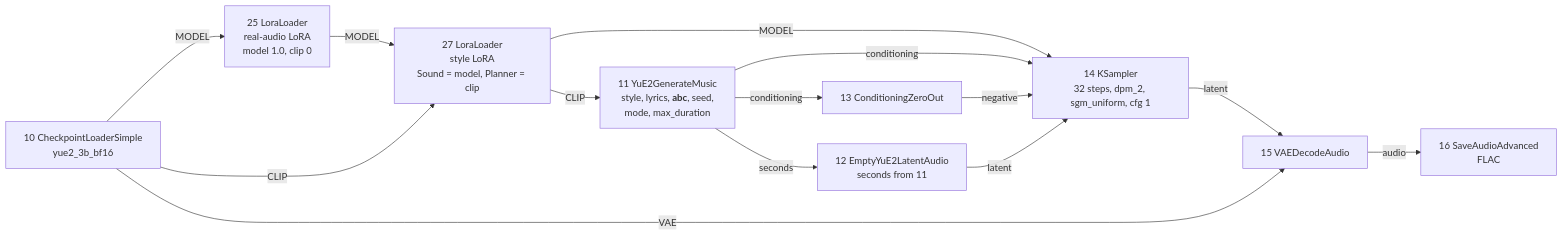
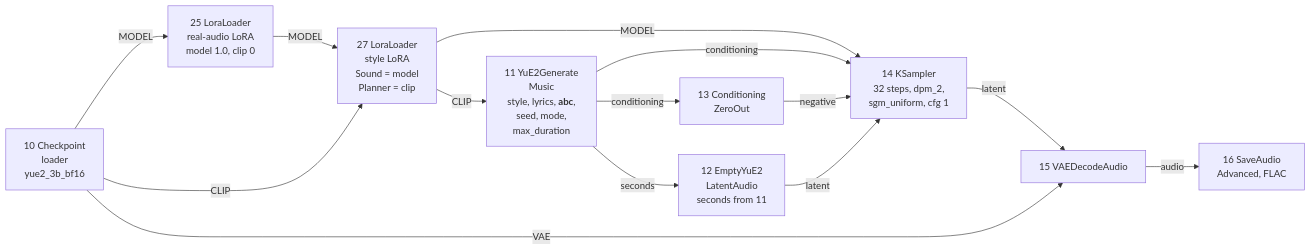
Before and after one commit to dynamohum/YuE2gen-studio: the fourth of 8 diagrams in docs/ARCHITECTURE.md, drawn with Mermaid. The commit also changed other lines of this file, not shown here.

First line of the commit message:
ARCHITECTURE diagrams: shorter label lines, so GitHub does not clip them

````diff
--- a/docs/ARCHITECTURE.md
+++ b/docs/ARCHITECTURE.md
@@ -158,20 +158,20 @@
 ```mermaid
 flowchart LR
-    C10["10 CheckpointLoaderSimple<br/>yue2_3b_bf16"]
+    C10["10 Checkpoint<br/>loader<br/>yue2_3b_bf16"]
     L25["25 LoraLoader<br/>real-audio LoRA<br/>model 1.0, clip 0"]
-    L27["27 LoraLoader<br/>style LoRA<br/>Sound = model, Planner = clip"]
-    G11["11 YuE2GenerateMusic<br/>style, lyrics, <b>abc</b>, seed,<br/>mode, max_duration"]
-    E12["12 EmptyYuE2LatentAudio<br/>seconds from 11"]
-    Z13["13 ConditioningZeroOut"]
-    K14["14 KSampler<br/>32 steps, dpm_2, sgm_uniform, cfg 1"]
+    L27["27 LoraLoader<br/>style LoRA<br/>Sound = model<br/>Planner = clip"]
+    G11["11 YuE2Generate<br/>Music<br/>style, lyrics, <b>abc</b>,<br/>seed, mode,<br/>max_duration"]
+    E12["12 EmptyYuE2<br/>LatentAudio<br/>seconds from 11"]
+    Z13["13 Conditioning<br/>ZeroOut"]
+    K14["14 KSampler<br/>32 steps, dpm_2,<br/>sgm_uniform, cfg 1"]
     V15["15 VAEDecodeAudio"]
-    S16["16 SaveAudioAdvanced<br/>FLAC"]
+    S16["16 SaveAudio<br/>Advanced, FLAC"]
 
     C10 -- MODEL --> L25 -- MODEL --> L27 -- MODEL --> K14
     C10 -- CLIP --> L27 -- CLIP --> G11
     G11 -- conditioning --> K14
     G11 -- conditioning --> Z13 -- negative --> K14
     G11 -- seconds --> E12 -- latent --> K14
     K14 -- latent --> V15 -- audio --> S16
     C10 -- VAE --> V15
 ```
````
